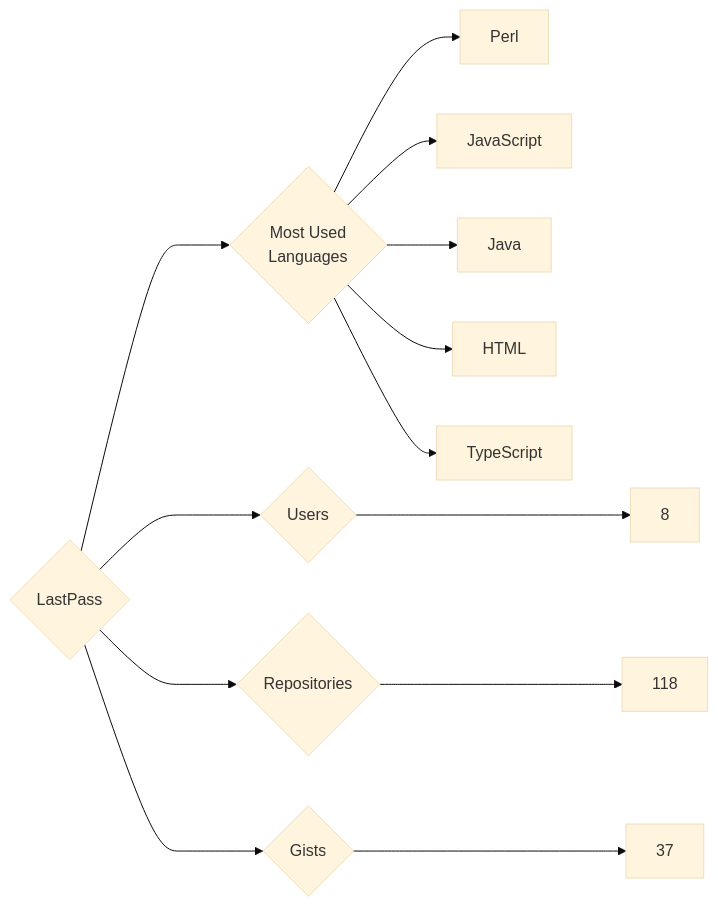
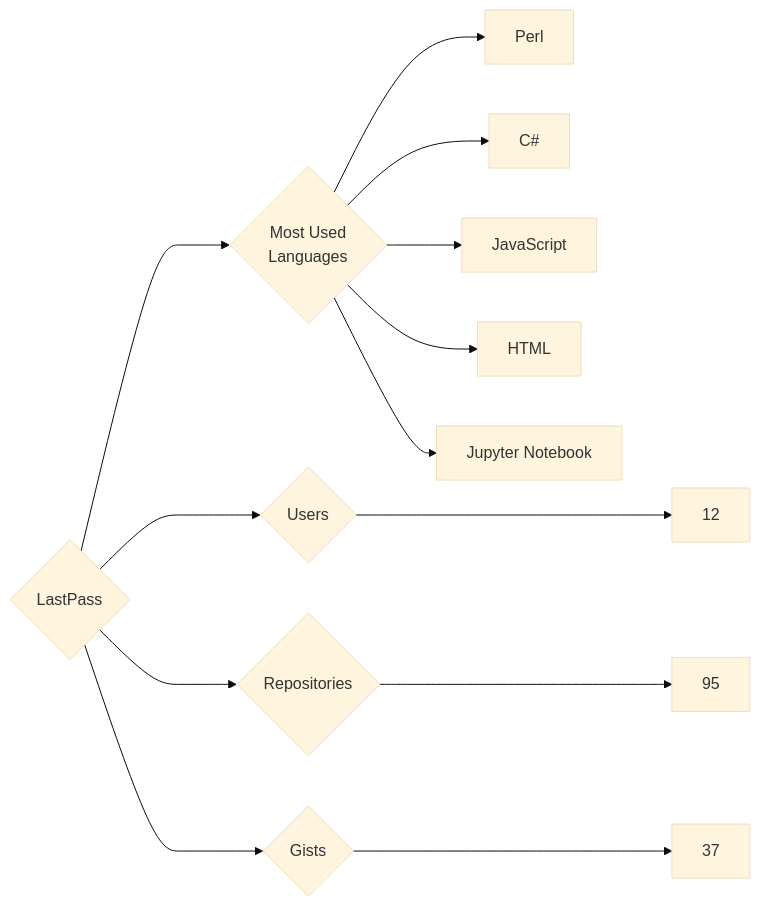
One commit to trickest/insiders changed the diagram in targets/LastPass/README.md. Above: the diagram before and after it, drawn with Mermaid (base theme). The commit also changed 927 other files, not shown here.

````diff
--- a/targets/LastPass/README.md
+++ b/targets/LastPass/README.md
@@ -3,13 +3,13 @@
 ```mermaid
 graph LR
 COMPANY_NAME{LastPass}
-COMPANY_NAME ---> U{Users} ---> UN[8]
-COMPANY_NAME ---> R{Repositories} ---> RN[118]
+COMPANY_NAME ---> U{Users} ---> UN[12]
+COMPANY_NAME ---> R{Repositories} ---> RN[95]
 COMPANY_NAME ---> G{Gists} ---> GN[37]
 COMPANY_NAME ---> ML{Most Used<br>Languages}
 ML --> Perl[Perl]
+ML --> C#[C#]
 ML --> JavaScript[JavaScript]
-ML --> Java[Java]
 ML --> HTML[HTML]
-ML --> TypeScript[TypeScript]
+ML --> Jupyter_Notebook[Jupyter Notebook]
 ```
````
